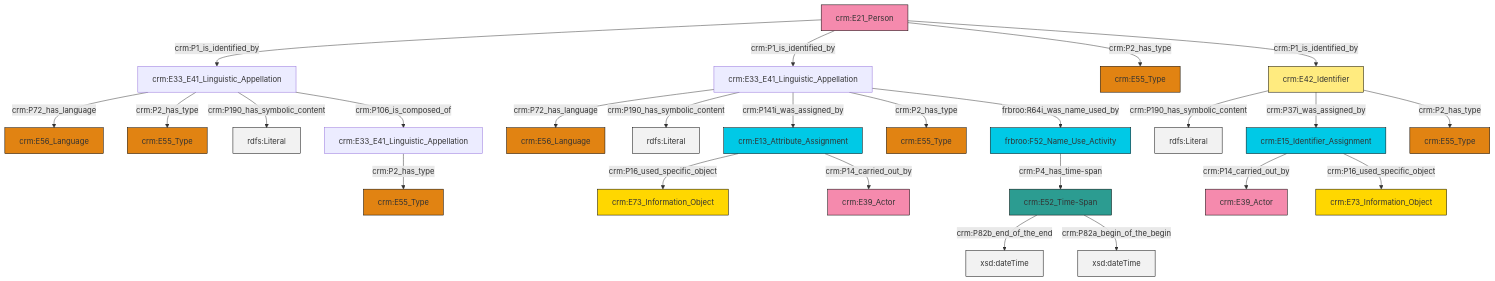
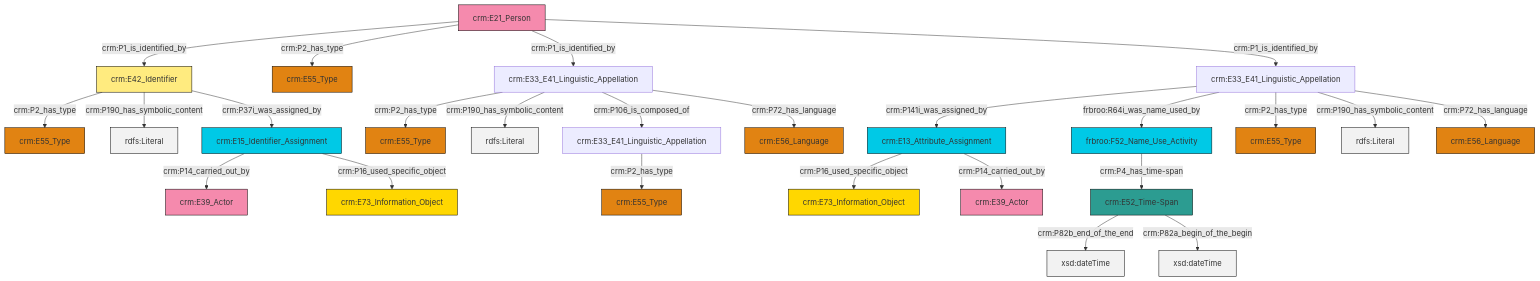
One commit to swiss-art-research-net/reference-data-models changed the diagram in et/personCSV/ttl/mmd/Person_Names_and_Classification.ttl.mmd. Above: the diagram before and after it, drawn with Mermaid. The commit also changed 128 other files, not shown here.

```diff
--- a/et/personCSV/ttl/mmd/Person_Names_and_Classification.ttl.mmd
+++ b/et/personCSV/ttl/mmd/Person_Names_and_Classification.ttl.mmd
@@ -1,39 +1,39 @@
 graph TD
 classDef Literal fill:#f2f2f2,stroke:#000000;
 classDef CRM_Entity fill:#FFFFFF,stroke:#000000;
 classDef Temporal_Entity fill:#00C9E6, stroke:#000000;
 classDef Type fill:#E18312, stroke:#000000;
 classDef Time-Span fill:#2C9C91, stroke:#000000;
 classDef Appellation fill:#FFEB7F, stroke:#000000;
 classDef Place fill:#008836, stroke:#000000;
 classDef Persistent_Item fill:#B266B2, stroke:#000000;
 classDef Conceptual_Object fill:#FFD700, stroke:#000000;
 classDef Physical_Thing fill:#D2B48C, stroke:#000000;
 classDef Actor fill:#f58aad, stroke:#000000;
 classDef PC_Classes fill:#4ce600, stroke:#000000;
 classDef Multi fill:#cccccc,stroke:#000000;
 
-0["crm:E33_E41_Linguistic_Appellation"]:::Default -->|crm:P72_has_language| 1["crm:E56_Language"]:::Type
-2["crm:E21_Person"]:::Actor -->|crm:P1_is_identified_by| 0["crm:E33_E41_Linguistic_Appellation"]:::Default
-3["crm:E33_E41_Linguistic_Appellation"]:::Default -->|crm:P2_has_type| 4["crm:E55_Type"]:::Type
-5["crm:E52_Time-Span"]:::Time-Span -->|crm:P82b_end_of_the_end| 6[xsd:dateTime]:::Literal
-2["crm:E21_Person"]:::Actor -->|crm:P1_is_identified_by| 8["crm:E33_E41_Linguistic_Appellation"]:::Default
-9["crm:E13_Attribute_Assignment"]:::Temporal_Entity -->|crm:P16_used_specific_object| 10["crm:E73_Information_Object"]:::Conceptual_Object
-0["crm:E33_E41_Linguistic_Appellation"]:::Default -->|crm:P2_has_type| 13["crm:E55_Type"]:::Type
-9["crm:E13_Attribute_Assignment"]:::Temporal_Entity -->|crm:P14_carried_out_by| 14["crm:E39_Actor"]:::Actor
-0["crm:E33_E41_Linguistic_Appellation"]:::Default -->|crm:P190_has_symbolic_content| 19[rdfs:Literal]:::Literal
-20["crm:E15_Identifier_Assignment"]:::Temporal_Entity -->|crm:P14_carried_out_by| 21["crm:E39_Actor"]:::Actor
-22["crm:E42_Identifier"]:::Appellation -->|crm:P190_has_symbolic_content| 23[rdfs:Literal]:::Literal
-0["crm:E33_E41_Linguistic_Appellation"]:::Default -->|crm:P106_is_composed_of| 3["crm:E33_E41_Linguistic_Appellation"]:::Default
-8["crm:E33_E41_Linguistic_Appellation"]:::Default -->|crm:P72_has_language| 27["crm:E56_Language"]:::Type
-8["crm:E33_E41_Linguistic_Appellation"]:::Default -->|crm:P190_has_symbolic_content| 29[rdfs:Literal]:::Literal
-22["crm:E42_Identifier"]:::Appellation -->|crm:P37i_was_assigned_by| 20["crm:E15_Identifier_Assignment"]:::Temporal_Entity
-2["crm:E21_Person"]:::Actor -->|crm:P2_has_type| 11["crm:E55_Type"]:::Type
-8["crm:E33_E41_Linguistic_Appellation"]:::Default -->|crm:P141i_was_assigned_by| 9["crm:E13_Attribute_Assignment"]:::Temporal_Entity
-2["crm:E21_Person"]:::Actor -->|crm:P1_is_identified_by| 22["crm:E42_Identifier"]:::Appellation
-8["crm:E33_E41_Linguistic_Appellation"]:::Default -->|crm:P2_has_type| 33["crm:E55_Type"]:::Type
-22["crm:E42_Identifier"]:::Appellation -->|crm:P2_has_type| 35["crm:E55_Type"]:::Type
-17["frbroo:F52_Name_Use_Activity"]:::Temporal_Entity -->|crm:P4_has_time-span| 5["crm:E52_Time-Span"]:::Time-Span
-8["crm:E33_E41_Linguistic_Appellation"]:::Default -->|frbroo:R64i_was_name_used_by| 17["frbroo:F52_Name_Use_Activity"]:::Temporal_Entity
-20["crm:E15_Identifier_Assignment"]:::Temporal_Entity -->|crm:P16_used_specific_object| 41["crm:E73_Information_Object"]:::Conceptual_Object
-5["crm:E52_Time-Span"]:::Time-Span -->|crm:P82a_begin_of_the_begin| 45[xsd:dateTime]:::Literal
+0["crm:E33_E41_Linguistic_Appellation"]:::Default -->|crm:P141i_was_assigned_by| 1["crm:E13_Attribute_Assignment"]:::Temporal_Entity
+4["crm:E15_Identifier_Assignment"]:::Temporal_Entity -->|crm:P14_carried_out_by| 5["crm:E39_Actor"]:::Actor
+6["crm:E21_Person"]:::Actor -->|crm:P1_is_identified_by| 7["crm:E42_Identifier"]:::Appellation
+7["crm:E42_Identifier"]:::Appellation -->|crm:P2_has_type| 8["crm:E55_Type"]:::Type
+0["crm:E33_E41_Linguistic_Appellation"]:::Default -->|frbroo:R64i_was_name_used_by| 9["frbroo:F52_Name_Use_Activity"]:::Temporal_Entity
+0["crm:E33_E41_Linguistic_Appellation"]:::Default -->|crm:P2_has_type| 10["crm:E55_Type"]:::Type
+7["crm:E42_Identifier"]:::Appellation -->|crm:P190_has_symbolic_content| 14[rdfs:Literal]:::Literal
+0["crm:E33_E41_Linguistic_Appellation"]:::Default -->|crm:P190_has_symbolic_content| 16[rdfs:Literal]:::Literal
+6["crm:E21_Person"]:::Actor -->|crm:P2_has_type| 2["crm:E55_Type"]:::Type
+9["frbroo:F52_Name_Use_Activity"]:::Temporal_Entity -->|crm:P4_has_time-span| 20["crm:E52_Time-Span"]:::Time-Span
+6["crm:E21_Person"]:::Actor -->|crm:P1_is_identified_by| 21["crm:E33_E41_Linguistic_Appellation"]:::Default
+7["crm:E42_Identifier"]:::Appellation -->|crm:P37i_was_assigned_by| 4["crm:E15_Identifier_Assignment"]:::Temporal_Entity
+21["crm:E33_E41_Linguistic_Appellation"]:::Default -->|crm:P2_has_type| 26["crm:E55_Type"]:::Type
+4["crm:E15_Identifier_Assignment"]:::Temporal_Entity -->|crm:P16_used_specific_object| 28["crm:E73_Information_Object"]:::Conceptual_Object
+21["crm:E33_E41_Linguistic_Appellation"]:::Default -->|crm:P190_has_symbolic_content| 32[rdfs:Literal]:::Literal
+1["crm:E13_Attribute_Assignment"]:::Temporal_Entity -->|crm:P16_used_specific_object| 18["crm:E73_Information_Object"]:::Conceptual_Object
+29["crm:E33_E41_Linguistic_Appellation"]:::Default -->|crm:P2_has_type| 22["crm:E55_Type"]:::Type
+20["crm:E52_Time-Span"]:::Time-Span -->|crm:P82b_end_of_the_end| 37[xsd:dateTime]:::Literal
+0["crm:E33_E41_Linguistic_Appellation"]:::Default -->|crm:P72_has_language| 12["crm:E56_Language"]:::Type
+6["crm:E21_Person"]:::Actor -->|crm:P1_is_identified_by| 0["crm:E33_E41_Linguistic_Appellation"]:::Default
+20["crm:E52_Time-Span"]:::Time-Span -->|crm:P82a_begin_of_the_begin| 40[xsd:dateTime]:::Literal
+21["crm:E33_E41_Linguistic_Appellation"]:::Default -->|crm:P106_is_composed_of| 29["crm:E33_E41_Linguistic_Appellation"]:::Default
+1["crm:E13_Attribute_Assignment"]:::Temporal_Entity -->|crm:P14_carried_out_by| 41["crm:E39_Actor"]:::Actor
+21["crm:E33_E41_Linguistic_Appellation"]:::Default -->|crm:P72_has_language| 24["crm:E56_Language"]:::Type
```
